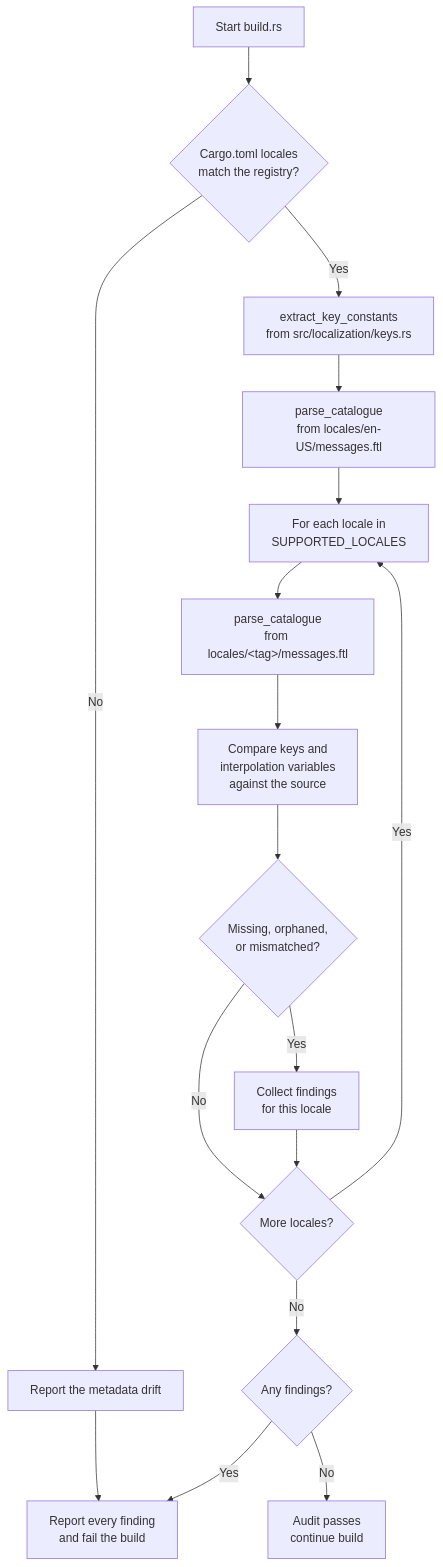
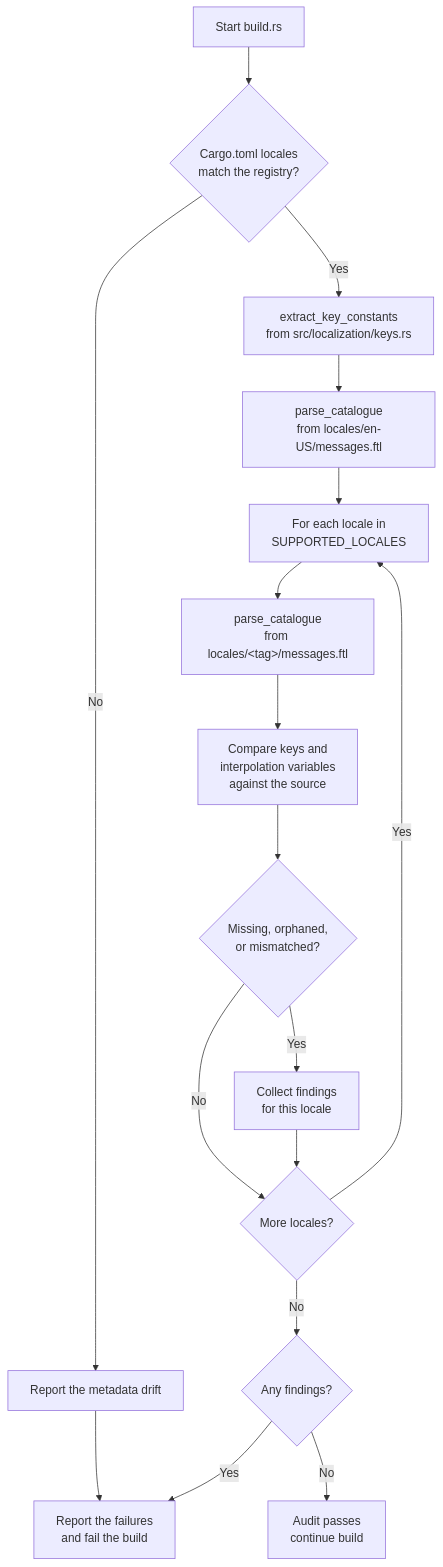
Before and after one commit to leynos/netsuke: the tenth of 13 diagrams in docs/netsuke-design.md, drawn with Mermaid. The commit also changed 15 other files, not shown here.

````diff
--- a/docs/netsuke-design.md
+++ b/docs/netsuke-design.md
@@ -2559,23 +2559,23 @@
 ```mermaid
 flowchart TD
     A_Start["Start build.rs"] --> B_Metadata
     B_Metadata{"Cargo.toml locales<br/>match the registry?"} -->|No| N_Drift
     N_Drift["Report the metadata drift"] --> M_Fail
     B_Metadata -->|Yes| C_ReadKeys
     C_ReadKeys["extract_key_constants<br/>from src/localization/keys.rs"] --> D_ReadSource
     D_ReadSource["parse_catalogue<br/>from locales/en-US/messages.ftl"] --> E_Loop
 
     E_Loop["For each locale in<br/>SUPPORTED_LOCALES"] --> F_Parse
     F_Parse["parse_catalogue<br/>from locales/&lt;tag&gt;/messages.ftl"] --> G_Compare
     G_Compare["Compare keys and<br/>interpolation variables<br/>against the source"] --> I_Check
 
     I_Check{"Missing, orphaned,<br/>or mismatched?"} -->|No| J_Next
     I_Check -->|Yes| H_Error["Collect findings<br/>for this locale"]
     H_Error --> J_Next
 
     J_Next{"More locales?"} -->|Yes| E_Loop
     J_Next -->|No| K_Verdict
 
     K_Verdict{"Any findings?"} -->|No| L_Success["Audit passes<br/>continue build"]
-    K_Verdict -->|Yes| M_Fail["Report every finding<br/>and fail the build"]
+    K_Verdict -->|Yes| M_Fail["Report the failures<br/>and fail the build"]
 ```
````
